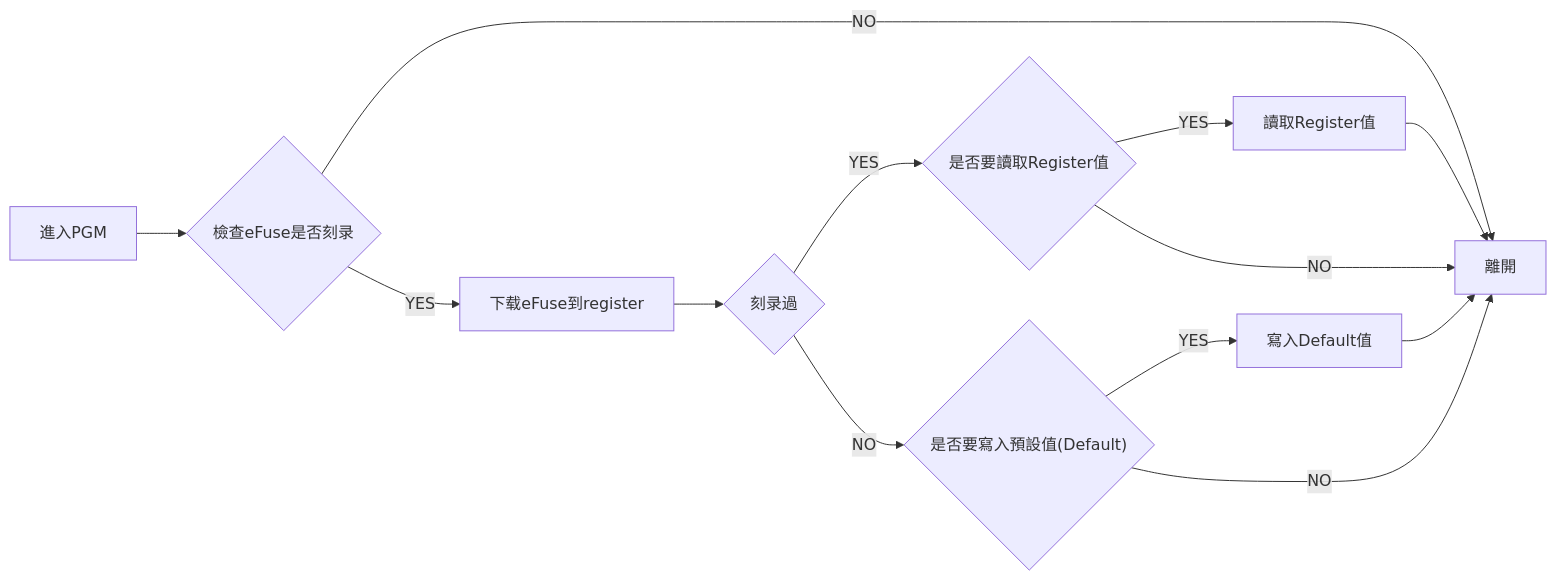
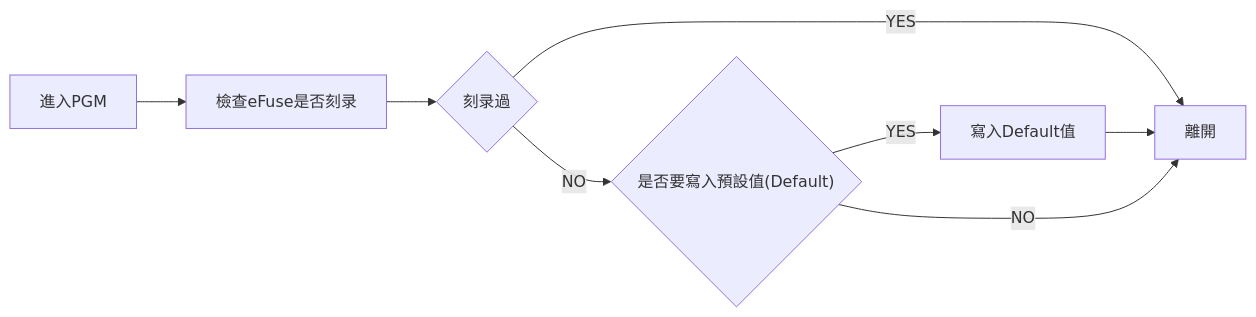
One commit to billwanggithub/MXXXX changed the diagram in README.md. Above: the diagram before and after it, drawn with Mermaid. The commit also changed other lines of this file and 5 other files, not shown here.

````diff
--- a/README.md
+++ b/README.md
@@ -15,21 +17,15 @@
 ```mermaid
 flowchart LR
   A["進入PGM"]
-  B{"檢查eFuse是否刻录"}
+  B["檢查eFuse是否刻录"]
   C[離開]
   D{"刻录過"}
-  E{"是否要讀取Register值"}
   F{"是否要寫入預設值(Default)"}
   G["寫入Default值"]
-  H["讀取Register值"]
-  I["下载eFuse到register"]
   A --> B
-  B --YES--> I --> D
-  B --NO--> C
-  D --YES--> E
+  B --> D
+  D --YES--> C
   D --NO --> F
-  E --YES-->H-->C
-  E --NO--> C
   F --YES--> G -->C
   F --NO--> C
 ```
````
